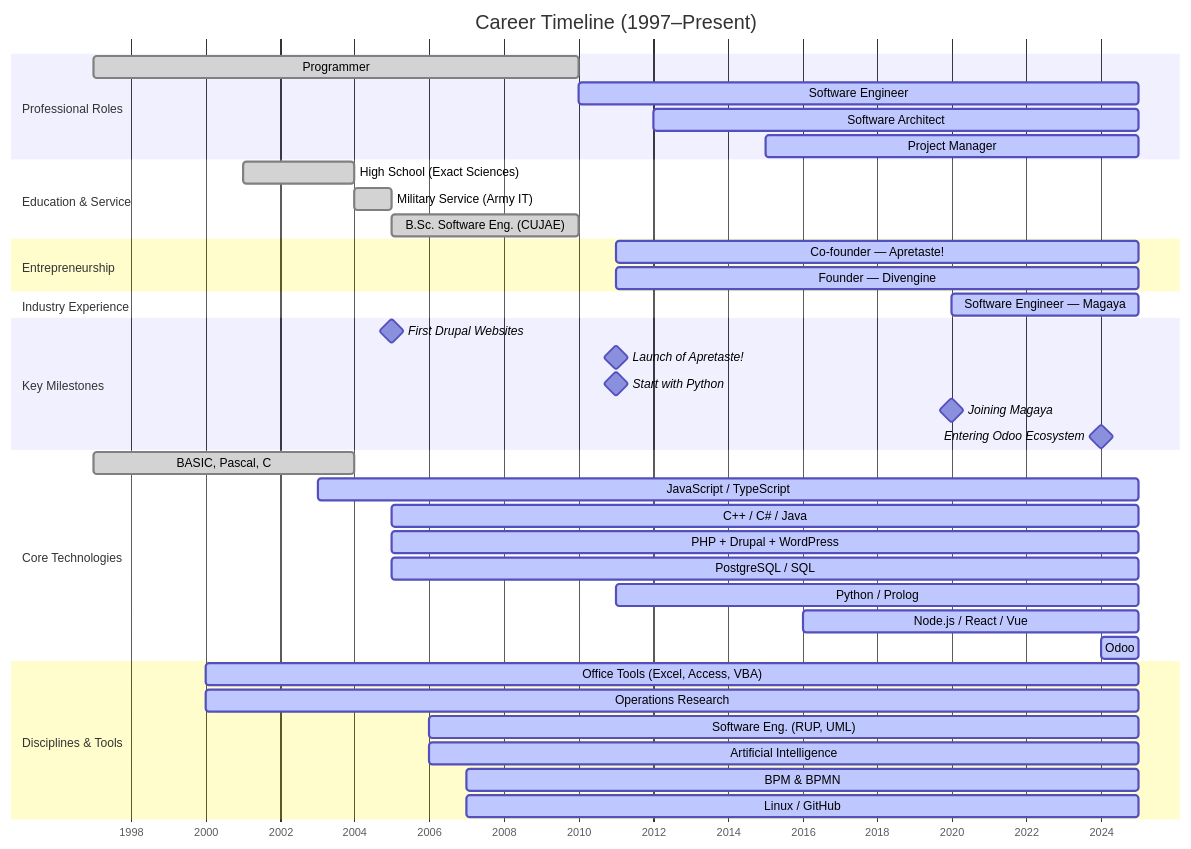
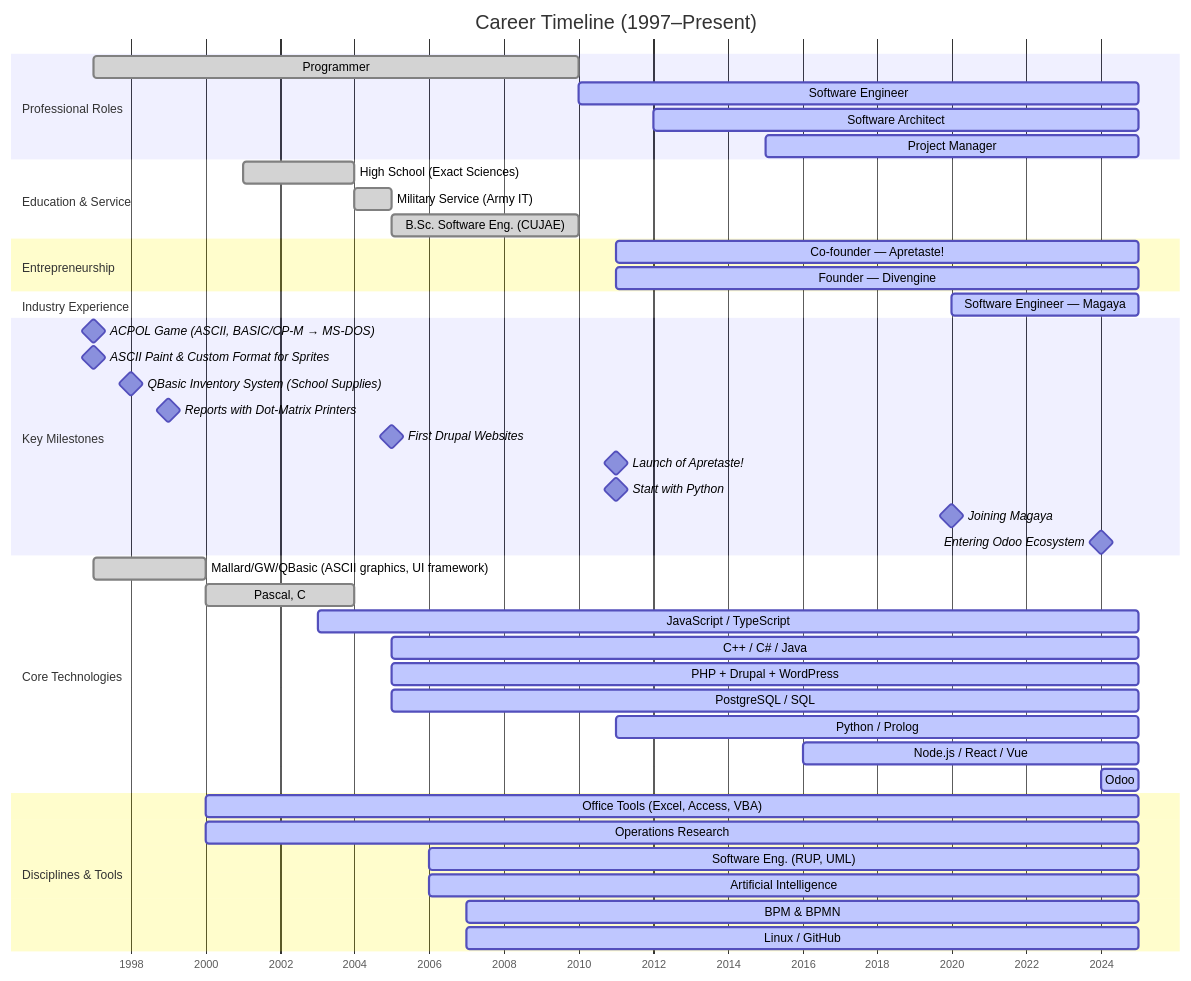
One commit to rafageist/rafageist changed the diagram in README.md. Above: the diagram before and after it, drawn with Mermaid.

````diff
--- a/README.md
+++ b/README.md
@@ -38,50 +38,55 @@
 ```mermaid
 gantt
     dateFormat  YYYY
     axisFormat  %Y
     title  Career Timeline (1997–Present)
     todayMarker on
 
     section Professional Roles
     Programmer                  :done,   1997, 2010
     Software Engineer           :active, 2010, 2025
     Software Architect          :active, 2012, 2025
     Project Manager             :active, 2015, 2025
 
     section Education & Service
     High School (Exact Sciences) :done, 2001, 2004
     Military Service (Army IT)   :done, 2004, 2005
     B.Sc. Software Eng. (CUJAE)  :done, 2005, 2010
 
     section Entrepreneurship
     Co-founder — Apretaste!     :active, 2011, 2025
     Founder — Divengine         :active, 2011, 2025
 
     section Industry Experience
     Software Engineer — Magaya  :active, 2020, 2025
 
     section Key Milestones
-    First Drupal Websites       :milestone, 2005, 0y
-    Launch of Apretaste!        :milestone, 2011, 0y
-    Start with Python           :milestone, 2011, 0y
-    Joining Magaya              :milestone, 2020, 0y
-    Entering Odoo Ecosystem     :milestone, 2024, 0y
+    ACPOL Game (ASCII, BASIC/CP-M → MS-DOS)   :milestone, 1997, 0y
+    ASCII Paint & Custom Format for Sprites   :milestone, 1997, 0y
+    QBasic Inventory System (School Supplies) :milestone, 1998, 0y
+    Reports with Dot-Matrix Printers          :milestone, 1999, 0y
+    First Drupal Websites                     :milestone, 2005, 0y
+    Launch of Apretaste!                      :milestone, 2011, 0y
+    Start with Python                         :milestone, 2011, 0y
+    Joining Magaya                            :milestone, 2020, 0y
+    Entering Odoo Ecosystem                   :milestone, 2024, 0y
 
     section Core Technologies
-    BASIC, Pascal, C            :done,   1997, 2004
-    JavaScript / TypeScript     :active, 2003, 2025
-    C++ / C# / Java             :active, 2005, 2025
-    PHP + Drupal + WordPress    :active, 2005, 2025
-    PostgreSQL / SQL            :active, 2005, 2025
-    Python / Prolog             :active, 2011, 2025
-    Node.js / React / Vue       :active, 2016, 2025
-    Odoo                        :active, 2024, 2025
+    Mallard/GW/QBasic (ASCII graphics, UI framework) :done, 1997, 2000
+    Pascal, C                                  :done,   2000, 2004
+    JavaScript / TypeScript                    :active, 2003, 2025
+    C++ / C# / Java                            :active, 2005, 2025
+    PHP + Drupal + WordPress                   :active, 2005, 2025
+    PostgreSQL / SQL                           :active, 2005, 2025
+    Python / Prolog                            :active, 2011, 2025
+    Node.js / React / Vue                      :active, 2016, 2025
+    Odoo                                       :active, 2024, 2025
 
     section Disciplines & Tools
     Office Tools (Excel, Access, VBA) :active, 2000, 2025
-    Operations Research         :active, 2000, 2025
-    Software Eng. (RUP, UML)    :active, 2006, 2025
-    Artificial Intelligence     :active, 2006, 2025
-    BPM & BPMN                  :active, 2007, 2025
-    Linux / GitHub              :active, 2007, 2025
+    Operations Research               :active, 2000, 2025
+    Software Eng. (RUP, UML)          :active, 2006, 2025
+    Artificial Intelligence           :active, 2006, 2025
+    BPM & BPMN                        :active, 2007, 2025
+    Linux / GitHub                    :active, 2007, 2025
 ```
````
